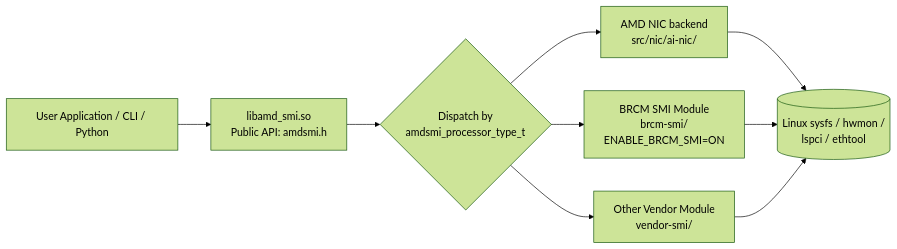
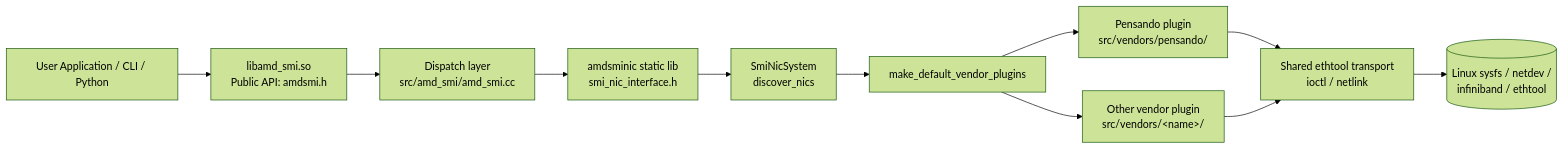
The second of 2 diagrams in projects/amdsmi/docs/how-to/amdsmi-nic-integration.md (ROCm/rocm-systems), drawn with Mermaid (forest theme) before and after one commit. The commit also changed other lines of this file and 97 other files, not shown here.

First line of the commit message:
refactor(nic/amdsmi)[ROCM-27257]: replace lspci NIC stack

````diff
--- a/projects/amdsmi/docs/how-to/amdsmi-nic-integration.md
+++ b/projects/amdsmi/docs/how-to/amdsmi-nic-integration.md
@@ -959,11 +214,13 @@
 ```mermaid
 flowchart LR
     App[User Application / CLI / Python] --> AmdSmi[libamd_smi.so<br/>Public API: amdsmi.h]
-    AmdSmi --> Dispatch{Dispatch by<br/>amdsmi_processor_type_t}
-    Dispatch --> AmdNic[AMD NIC backend<br/>src/nic/ai-nic/]
-    Dispatch --> Brcm[BRCM SMI Module<br/>brcm-smi/<br/>ENABLE_BRCM_SMI=ON]
-    Dispatch --> VendorX[Other Vendor Module<br/>vendor-smi/]
-    AmdNic --> Sysfs[(Linux sysfs / hwmon /<br/>lspci / ethtool)]
-    Brcm --> Sysfs
-    VendorX --> Sysfs
+    AmdSmi --> Dispatch[Dispatch layer<br/>src/amd_smi/amd_smi.cc]
+    Dispatch --> NicLib[amdsminic static lib<br/>smi_nic_interface.h]
+    NicLib --> System[SmiNicSystem<br/>discover_nics]
+    System --> Registry[make_default_vendor_plugins]
+    Registry --> Pensando[Pensando plugin<br/>src/vendors/pensando/]
+    Registry --> VendorX[Other vendor plugin<br/>src/vendors/&lt;name&gt;/]
+    Pensando --> Transport[Shared ethtool transport<br/>ioctl / netlink]
+    VendorX --> Transport
+    Transport --> Sysfs[(Linux sysfs / netdev /<br/>infiniband / ethtool)]
 ```
````
